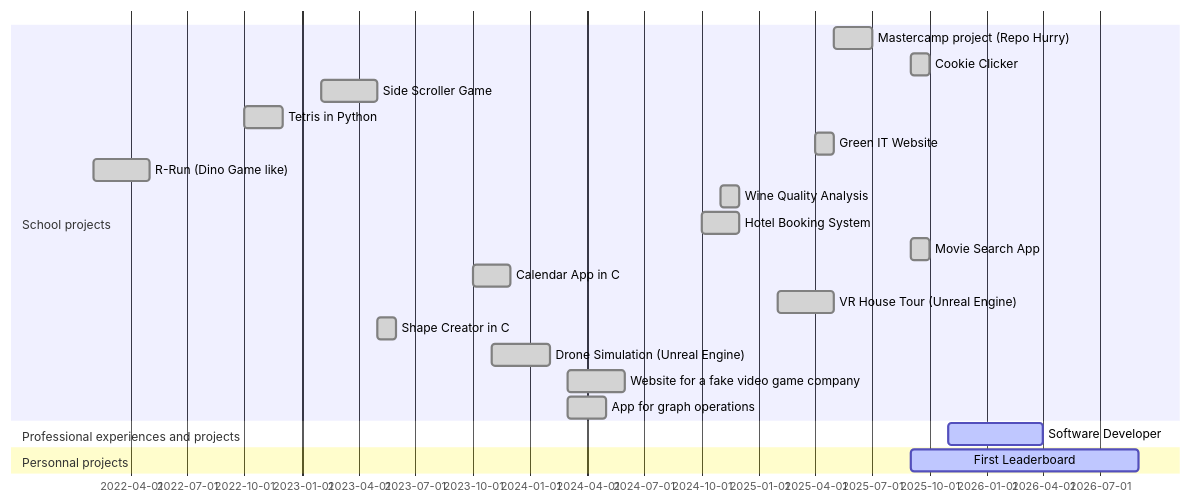
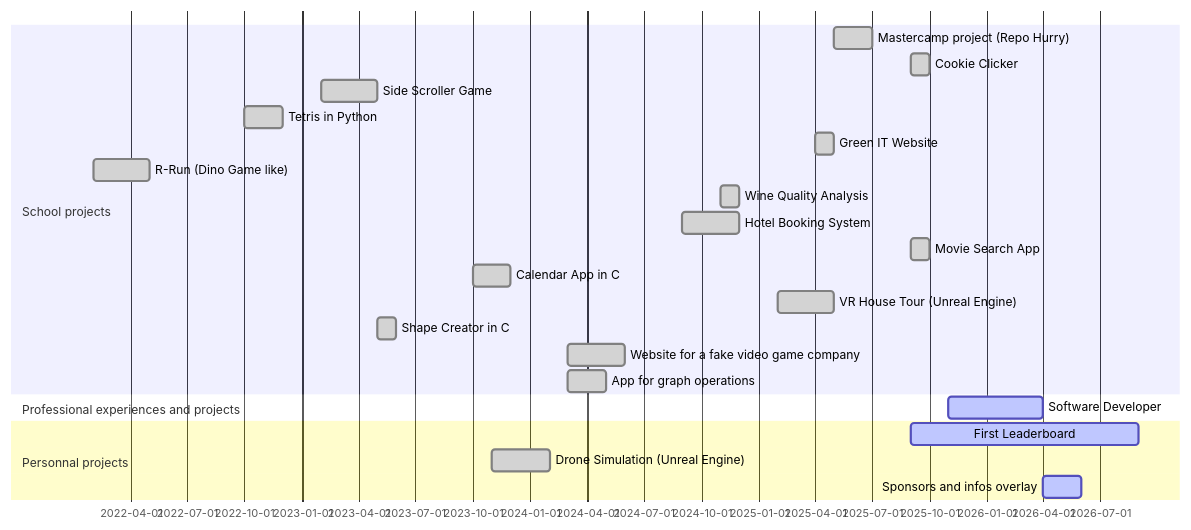
Before and after one commit to Rowuni/Rowuni: the diagram in Readme.md, drawn with Mermaid.

Commit message:
Updated roadmap

````diff
--- a/Readme.md
+++ b/Readme.md
@@ -183,24 +183,25 @@
 ```mermaid
 gantt
     section School projects
     Mastercamp project (Repo Hurry)       :done, 2025-05, 2025-07
     Cookie Clicker         :done, 2025-09, 2025-10
     Side Scroller Game       :done, 2023-02, 2023-05
     Tetris in Python       :done, 2022-10, 2022-12
     Green IT Website       :done, 2025-04, 2025-05
     R-Run (Dino Game like)       :done, 2022-02, 2022-05
     Wine Quality Analysis       :done, 2024-11, 2024-12
-    Hotel Booking System       :done, 2024-10, 2024-12
+    Hotel Booking System       :done, 2024-09, 2024-12
     Movie Search App       :done, 2025-09, 2025-10
     Calendar App in C      :done, 2023-10, 2023-12
     VR House Tour (Unreal Engine)       :done, 2025-02, 2025-05
     Shape Creator in C       :done, 2023-05, 2023-06
-    Drone Simulation (Unreal Engine)       :done, 2023-11, 2024-02
     Website for a fake video game company       :done, 2024-03, 2024-06
     App for graph operations       :done, 2024-03, 2024-05
     dateFormat  YYYY-MM
     section Professional experiences and projects
     Software Developer           :active, 2025-11, 2026-04
     section Personnal projects
     First Leaderboard       :active, 2025-09, 2026-09
+    Drone Simulation (Unreal Engine)       :done, 2023-11, 2024-02
+    Sponsors and infos overlay       :active, 2026-04, 2026-06
 ```
````
